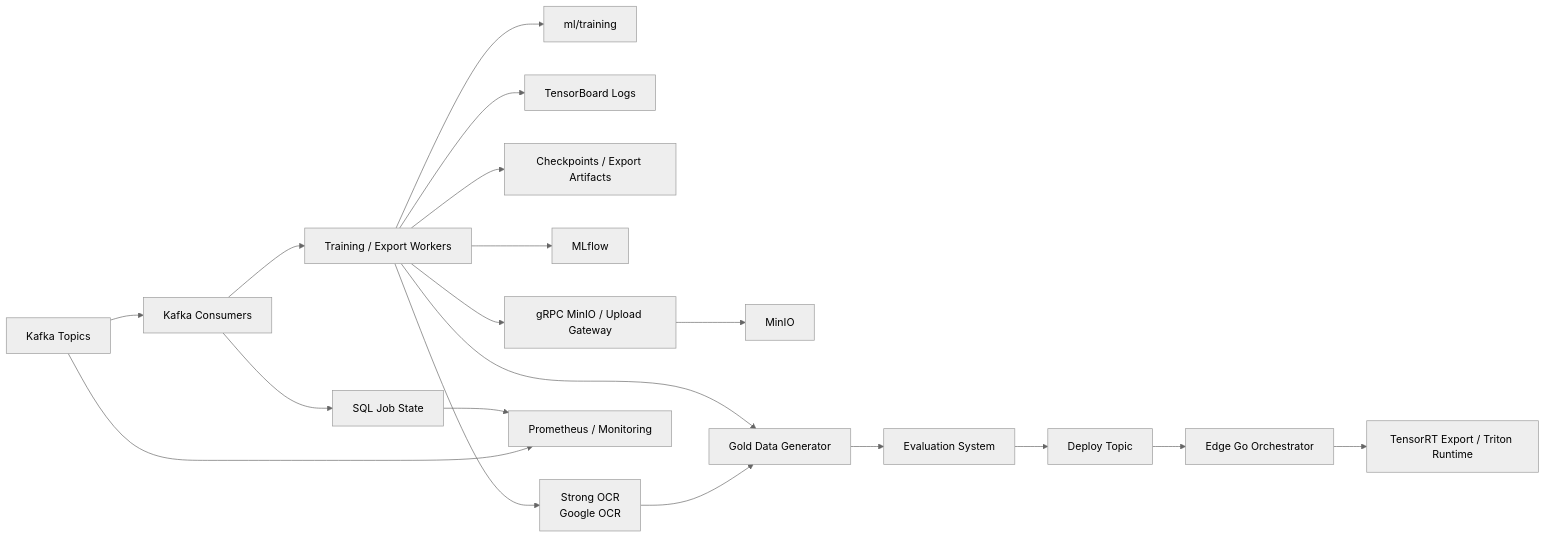
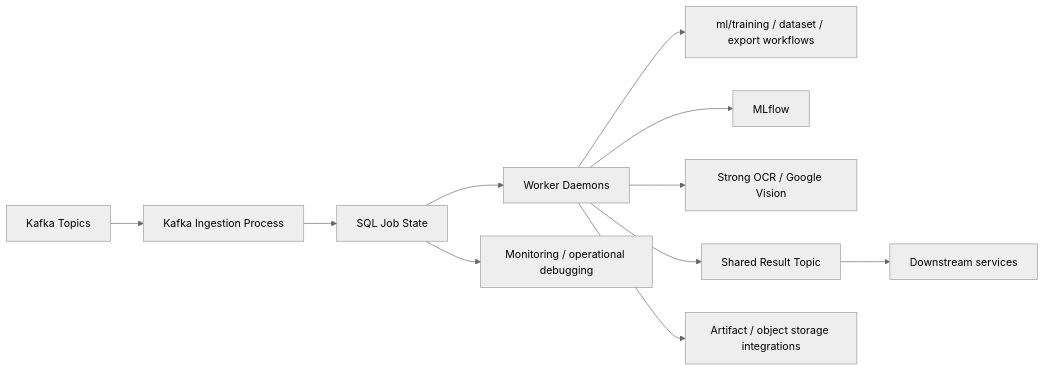
One commit to khanhminhtk/overwatch-edge-ai changed the first of 13 diagrams in services/model-lifecycle-service/model-lifecycle-orchestrator-flow.md. Above: the diagram before and after it, drawn with Mermaid (neutral theme). The commit also changed other lines of this file and 44 other files, not shown here.

````diff
--- a/services/model-lifecycle-service/model-lifecycle-orchestrator-flow.md
+++ b/services/model-lifecycle-service/model-lifecycle-orchestrator-flow.md
@@ -49,22 +59,13 @@
 ```mermaid
 flowchart LR
-    KAFKA["Kafka Topics"] --> CONS["Kafka Consumers"]
-    CONS --> SQL["SQL Job State"]
-    CONS --> WORKERS["Training / Export Workers"]
-    WORKERS --> TRAIN["ml/training"]
-    WORKERS --> TBOARD["TensorBoard Logs"]
-    WORKERS --> CKPT["Checkpoints / Export Artifacts"]
+    KAFKA["Kafka Topics"] --> INGEST["Kafka Ingestion Process"]
+    INGEST --> SQL["SQL Job State"]
+    SQL --> WORKERS["Worker Daemons"]
+    WORKERS --> TRAIN["ml/training / dataset / export workflows"]
     WORKERS --> MLFLOW["MLflow"]
-    WORKERS --> GRPC["gRPC MinIO / Upload Gateway"]
-    GRPC --> MINIO["MinIO"]
-    WORKERS --> OCR["Strong OCR
-Google OCR"]
-    OCR --> GOLD
-    WORKERS --> GOLD["Gold Data Generator"]
-    GOLD --> EVAL["Evaluation System"]
-    EVAL --> DEPLOY["Deploy Topic"]
-    DEPLOY --> EDGE["Edge Go Orchestrator"]
-    EDGE --> TRT["TensorRT Export / Triton Runtime"]
-    KAFKA --> PROM["Prometheus / Monitoring"]
-    SQL --> PROM
+    WORKERS --> OCR["Strong OCR / Google Vision"]
+    WORKERS --> RESULT["Shared Result Topic"]
+    WORKERS --> STORAGE["Artifact / object storage integrations"]
+    RESULT --> DOWN["Downstream services"]
+    SQL --> OBS["Monitoring / operational debugging"]
 ```
````
